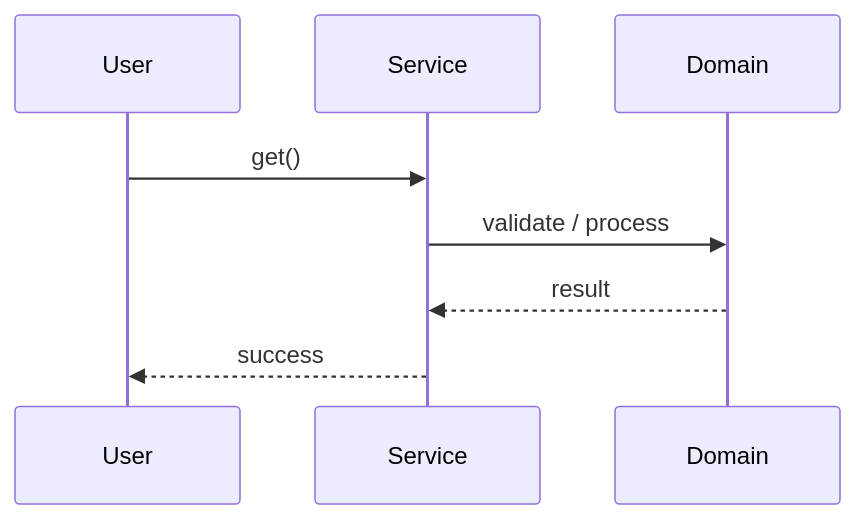
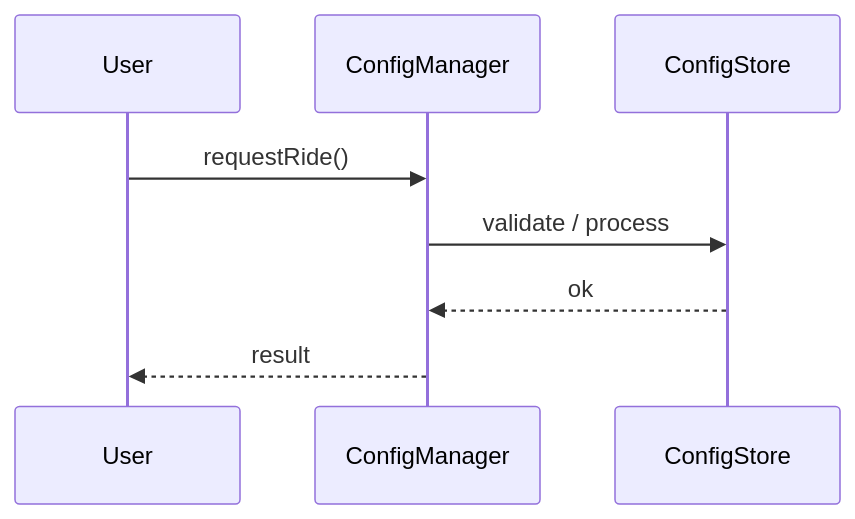
The second of 3 diagrams in Learn/System Design - Low Level Design/02-classic-ood/questions/Q64-config-manager.md (madhupaila/Interview-Prep-SSE), drawn with Mermaid before and after one commit. The commit also changed other lines of this file and 491 other files, not shown here.

````diff
--- a/Learn/System Design - Low Level Design/02-classic-ood/questions/Q64-config-manager.md
+++ b/Learn/System Design - Low Level Design/02-classic-ood/questions/Q64-config-manager.md
@@ -121,10 +149,10 @@
 ```mermaid
 sequenceDiagram
-    participant U as User
-    participant S as Service
-    participant D as Domain
-    U->>S: get()
-    S->>D: validate / process
-    D-->>S: result
-    S-->>U: success
+participant U as User
+participant S as ConfigManager
+participant D as ConfigStore
+U->>S: requestRide()
+S->>D: validate / process
+D-->>S: ok
+S-->>U: result
 ```
````
